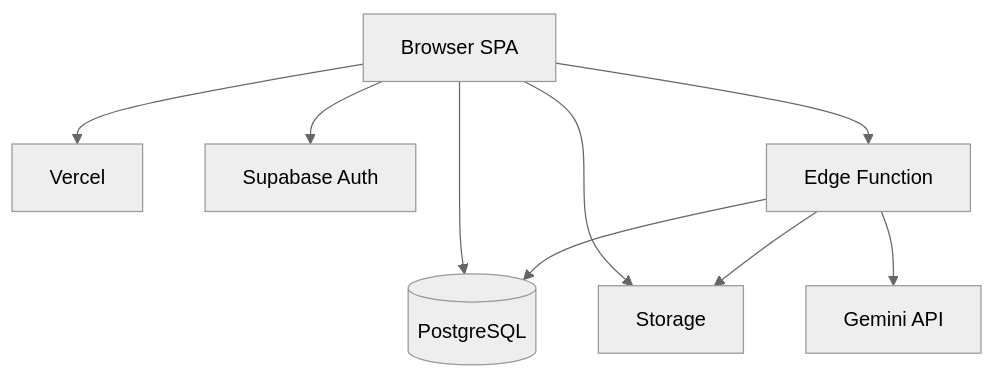
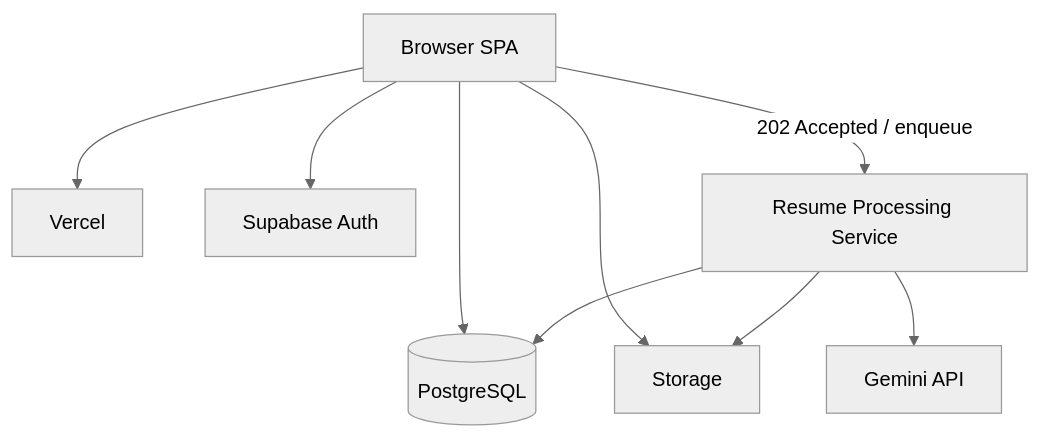
One commit to VishnuVardhan-CH-2022/resume-rank-ai-dev changed the seventh of 17 diagrams in docs/02-design/04-System-Design-Document.md. Above: the diagram before and after it, drawn with Mermaid (neutral theme). The commit also changed other lines of this file and 4 other files, not shown here.

````diff
--- a/docs/02-design/04-System-Design-Document.md
+++ b/docs/02-design/04-System-Design-Document.md
@@ -463,11 +477,11 @@
 ```mermaid
 flowchart TB
   Browser[Browser SPA] --> Vercel[Vercel]
   Browser --> Auth[Supabase Auth]
   Browser --> PG[(PostgreSQL)]
   Browser --> ST[Storage]
-  Browser --> EF[Edge Function]
-  EF --> Gemini[Gemini API]
-  EF --> PG
-  EF --> ST
+  Browser -->|202 Accepted / enqueue| RPS[Resume Processing Service]
+  RPS --> Gemini[Gemini API]
+  RPS --> PG
+  RPS --> ST
 ```
````
